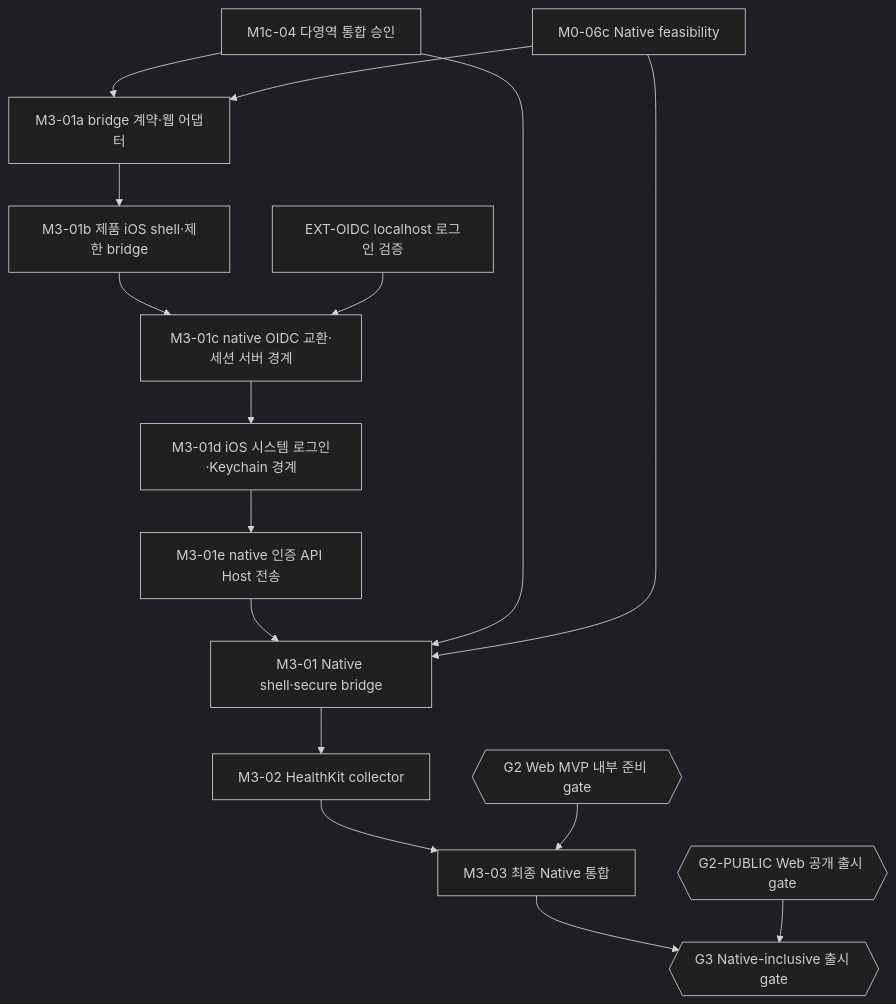
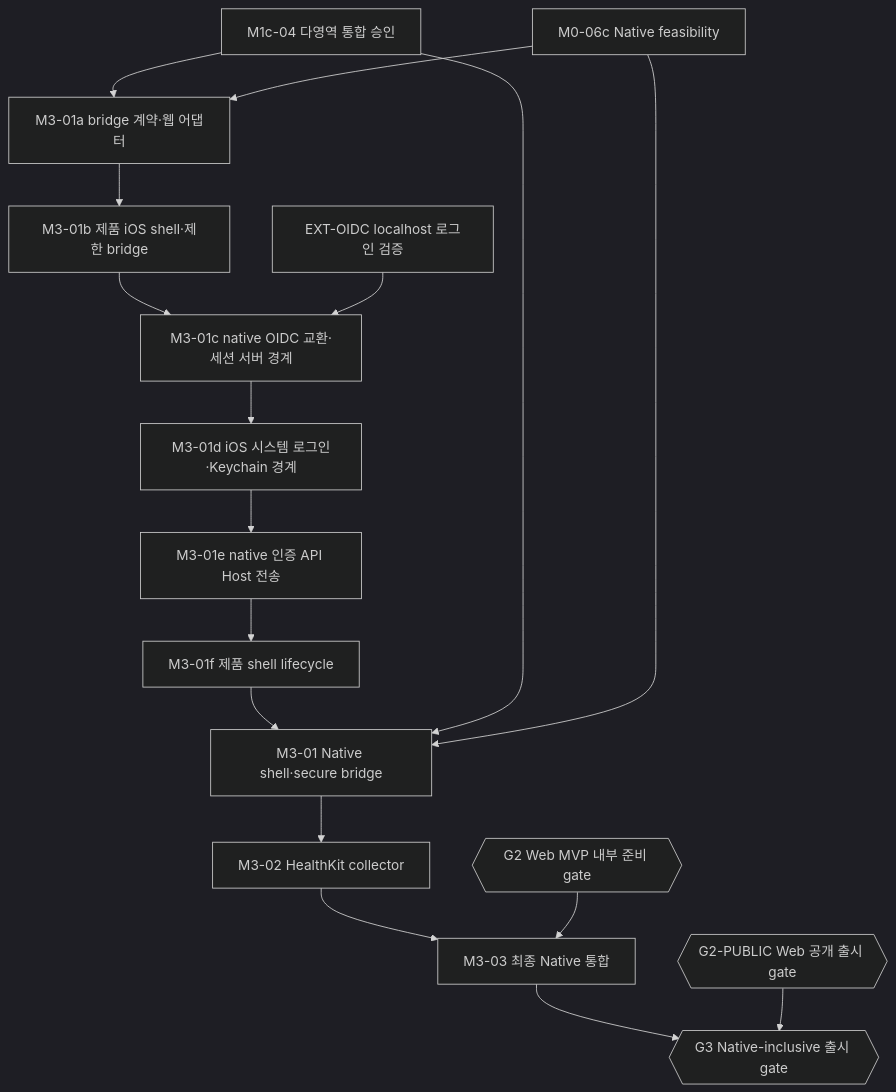
The third of 3 diagrams in docs/implementation/task-graph.md (peacecheejecake/workout-manager), drawn with Mermaid (dark theme) before and after one commit. The commit also changed other lines of this file and 7 other files, not shown here.

Commit message:
feat(native): add product shell lifecycle safeguards

````diff
--- a/docs/implementation/task-graph.md
+++ b/docs/implementation/task-graph.md
@@ -524,32 +524,34 @@
 ```mermaid
 flowchart TD
     task8["M0-06c Native feasibility"]
     task25["M1c-04 다영역 통합 승인"]
     task33{{"G2 Web MVP 내부 준비 gate"}}
     publicGate{{"G2-PUBLIC Web 공개 출시 gate"}}
     task34["M3-01 Native shell·secure bridge"]
     task34a["M3-01a bridge 계약·웹 어댑터"]
     task34b["M3-01b 제품 iOS shell·제한 bridge"]
     task34c["M3-01c native OIDC 교환·세션 서버 경계"]
     task34d["M3-01d iOS 시스템 로그인·Keychain 경계"]
     task34e["M3-01e native 인증 API Host 전송"]
+    task34f["M3-01f 제품 shell lifecycle"]
     oidc["EXT-OIDC localhost 로그인 검증"]
     task35["M3-02 HealthKit collector"]
     task36["M3-03 최종 Native 통합"]
     task37{{"G3 Native-inclusive 출시 gate"}}
     task25 --> task34a
     task8 --> task34a
     task34a --> task34b
     task34b --> task34c
     oidc --> task34c
     task34c --> task34d
     task34d --> task34e
-    task34e --> task34
+    task34e --> task34f
+    task34f --> task34
     task25 --> task34
     task8 --> task34
     task34 --> task35
     task35 --> task36
     task33 --> task36
     task36 --> task37
     publicGate --> task37
 ```
````
